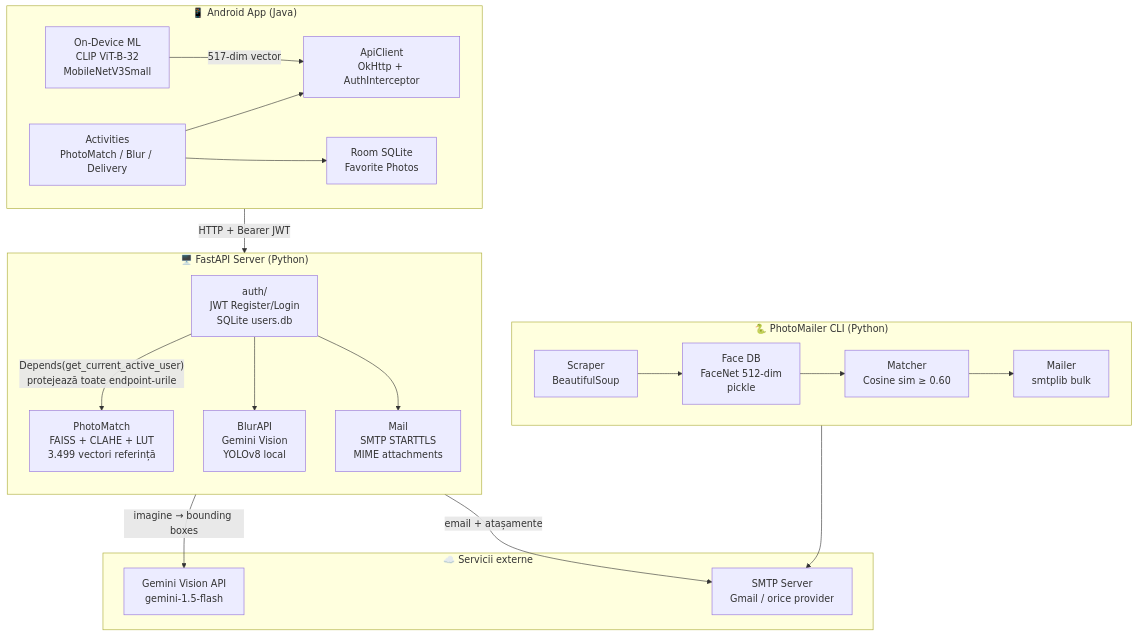
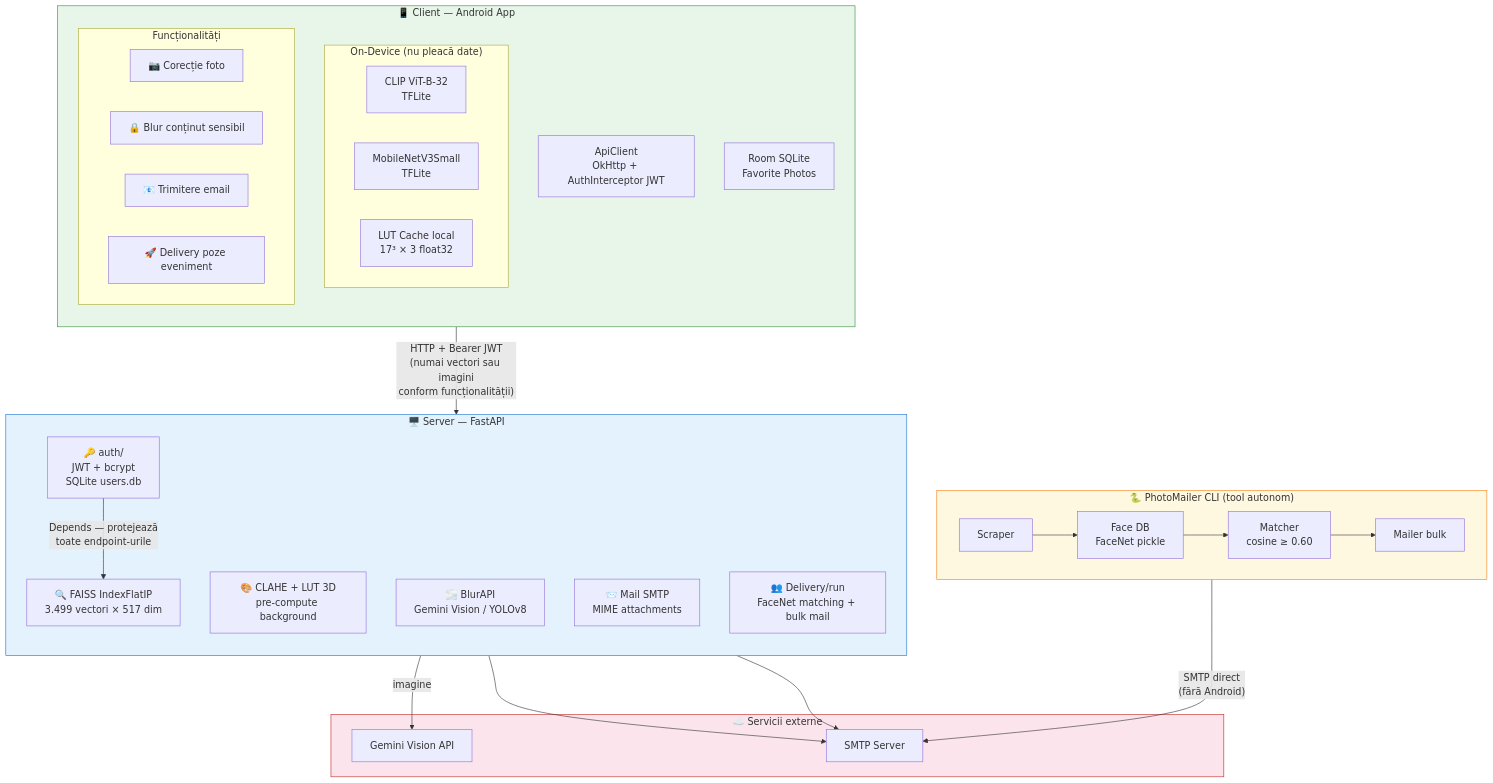
One commit to alexandraelenadumitrescu/mvpBachelor changed the first of 9 diagrams in README.md. Above: the diagram before and after it, drawn with Mermaid. The commit also changed other lines of this file, not shown here.

First line of the commit message:
Refactor architecture framing: unified client-server model

````diff
--- a/README.md
+++ b/README.md
@@ -81,43 +83,53 @@
 ```mermaid
 flowchart TD
-    subgraph ANDROID["📱 Android App (Java)"]
-        direction LR
-        ML["On-Device ML\nCLIP ViT-B-32\nMobileNetV3Small"]
-        AC["ApiClient\nOkHttp + AuthInterceptor"]
-        UI["Activities\nPhotoMatch / Blur / Delivery"]
+    subgraph CLIENT["📱 Client — Android App"]
+        direction TB
+        subgraph ONDEV["On-Device (nu pleacă date)"]
+            CLIP_DEV["CLIP ViT-B-32\nTFLite"]
+            MNV3_DEV["MobileNetV3Small\nTFLite"]
+            LUT_CACHE["LUT Cache local\n17³ × 3 float32"]
+        end
+        subgraph FEATURES["Funcționalități"]
+            F1["📷 Corecție foto"]
+            F2["🔒 Blur conținut sensibil"]
+            F3["📧 Trimitere email"]
+            F4["🚀 Delivery poze eveniment"]
+        end
+        AC["ApiClient\nOkHttp + AuthInterceptor JWT"]
         DB_LOCAL["Room SQLite\nFavorite Photos"]
-        ML -->|"517-dim vector"| AC
-        UI --> AC
-        UI --> DB_LOCAL
     end
 
-    subgraph SERVER["🖥️ FastAPI Server (Python)"]
+    subgraph SERVER["🖥️ Server — FastAPI"]
         direction TB
-        AUTH_MOD["auth/\nJWT Register/Login\nSQLite users.db"]
-        PM_MOD["PhotoMatch\nFAISS + CLAHE + LUT\n3.499 vectori referință"]
-        BLUR_MOD["BlurAPI\nGemini Vision\nYOLOv8 local"]
-        MAIL_MOD["Mail\nSMTP STARTTLS\nMIME attachments"]
-    end
-
-    subgraph PHOTOMAILER["🐍 PhotoMailer CLI (Python)"]
-        direction LR
-        SCRAPE["Scraper\nBeautifulSoup"]
-        FACEDB["Face DB\nFaceNet 512-dim\npickle"]
-        MATCHER["Matcher\nCosine sim ≥ 0.60"]
-        MAILER_CLI["Mailer\nsmtplib bulk"]
-        SCRAPE --> FACEDB --> MATCHER --> MAILER_CLI
+        AUTH_S["🔑 auth/\nJWT + bcrypt\nSQLite users.db"]
+        FAISS_S["🔍 FAISS IndexFlatIP\n3.499 vectori × 517 dim"]
+        LUT_S["🎨 CLAHE + LUT 3D\npre-compute background"]
+        BLUR_S["🌫️ BlurAPI\nGemini Vision / YOLOv8"]
+        MAIL_S["📨 Mail SMTP\nMIME attachments"]
+        DEL_S["👥 Delivery/run\nFaceNet matching + bulk mail"]
     end
 
     subgraph EXTERNAL["☁️ Servicii externe"]
-        GEMINI["Gemini Vision API\ngemini-1.5-flash"]
-        SMTP_SRV["SMTP Server\nGmail / orice provider"]
+        GEM["Gemini Vision API"]
+        SMTP["SMTP Server"]
     end
 
-    AC -->|"HTTP + Bearer JWT"| SERVER
-    AUTH_MOD -->|"Depends(get_current_active_user)\nprotejează toate endpoint-urile"| PM_MOD
-    AUTH_MOD --> BLUR_MOD
-    AUTH_MOD --> MAIL_MOD
-    BLUR_MOD -->|"imagine → bounding boxes"| GEMINI
-    MAIL_MOD -->|"email + atașamente"| SMTP_SRV
-    MAILER_CLI --> SMTP_SRV
+    subgraph STANDALONE["🐍 PhotoMailer CLI (tool autonom)"]
+        direction LR
+        SC["Scraper"] --> FDB["Face DB\nFaceNet pickle"]
+        FDB --> MT["Matcher\ncosine ≥ 0.60"]
+        MT --> ML["Mailer bulk"]
+    end
+
+    CLIENT -->|"HTTP + Bearer JWT\n(numai vectori sau imagini\nconform funcționalității)"| SERVER
+    AUTH_S -->|"Depends — protejează\ntoate endpoint-urile"| FAISS_S
+    BLUR_S -->|"imagine"| GEM
+    MAIL_S --> SMTP
+    DEL_S --> SMTP
+    STANDALONE -->|"SMTP direct\n(fără Android)"| SMTP
+
+    style CLIENT fill:#e8f5e9,stroke:#388e3c
+    style SERVER fill:#e3f2fd,stroke:#1976d2
+    style STANDALONE fill:#fff8e1,stroke:#f57f17
+    style EXTERNAL fill:#fce4ec,stroke:#c62828
 ```
````
